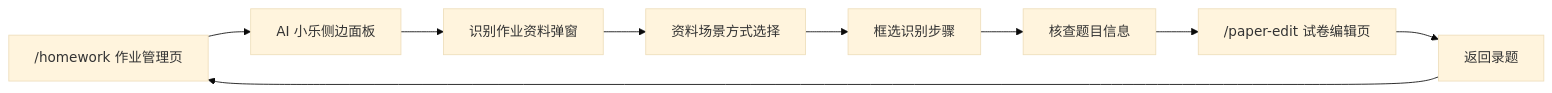
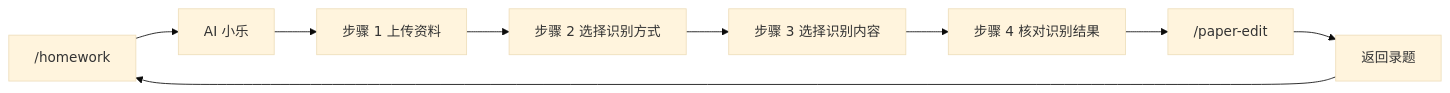
The first of 2 diagrams in 产品文档/prd/06-homework-recognition-flow.prd.md (fyzengiris-ops/ocr_v1.35), drawn with Mermaid (base theme) before and after one commit. The commit also changed other lines of this file and 22 other files, not shown here.

````diff
--- a/产品文档/prd/06-homework-recognition-flow.prd.md
+++ b/产品文档/prd/06-homework-recognition-flow.prd.md
@@ -56,11 +51,11 @@
 ```mermaid
 flowchart LR
-  A["/homework 作业管理页"] --> B["AI 小乐侧边面板"]
-  B --> C["识别作业资料弹窗"]
-  C --> D["资料场景方式选择"]
-  D --> E["框选识别步骤"]
-  E --> F["核查题目信息"]
-  F --> G["/paper-edit 试卷编辑页"]
+  A["/homework"] --> B["AI 小乐"]
+  B --> C["步骤 1 上传资料"]
+  C --> D["步骤 2 选择识别方式"]
+  D --> E["步骤 3 选择识别内容"]
+  E --> F["步骤 4 核对识别结果"]
+  F --> G["/paper-edit"]
   G --> H["返回录题"]
   H --> A
 ```
````
